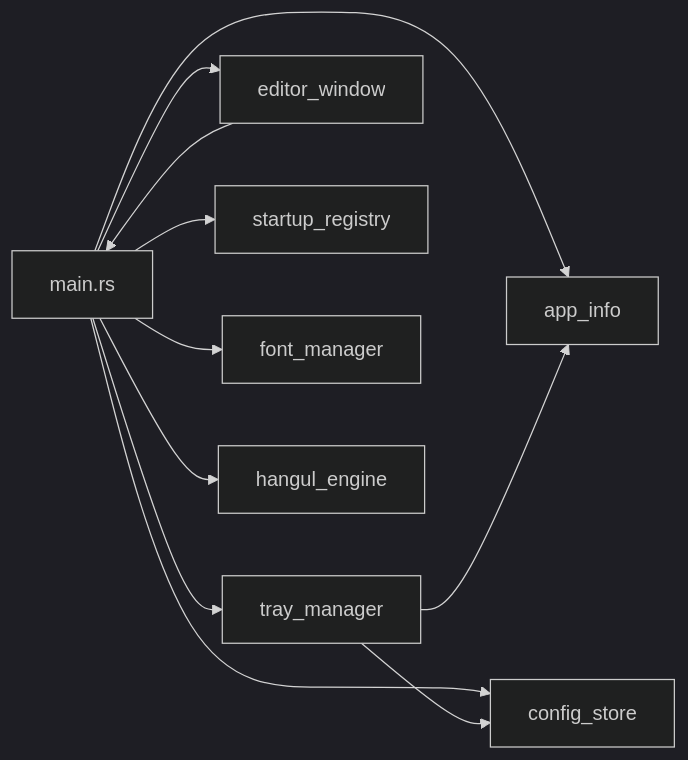
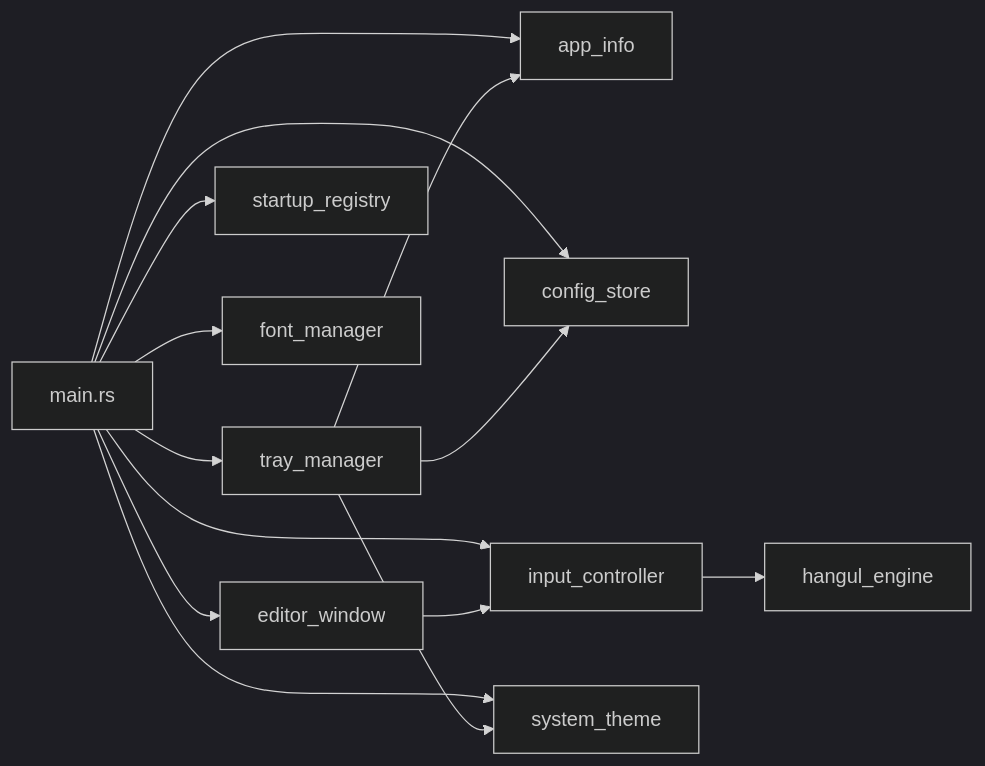
Before and after one commit to noelfania/key2gksrmf: the first of 3 diagrams in doc/app-detailed-design.md, drawn with Mermaid (dark theme). The commit also changed other lines of this file and 8 other files, not shown here.

````diff
--- a/doc/app-detailed-design.md
+++ b/doc/app-detailed-design.md
@@ -82,13 +85,16 @@
 ```mermaid
 flowchart LR
     main[main.rs] --> appInfo[app_info]
     main --> trayManager[tray_manager]
     main --> editorWindow[editor_window]
     main --> configStore[config_store]
     main --> startupRegistry[startup_registry]
     main --> fontManager[font_manager]
-    main --> hangulEngine[hangul_engine]
+    main --> inputController[input_controller]
+    main --> systemTheme[system_theme]
+    inputController --> hangulEngine[hangul_engine]
     trayManager --> configStore
     trayManager --> appInfo
-    editorWindow --> main
+    trayManager --> systemTheme
+    editorWindow --> inputController
 ```
````
